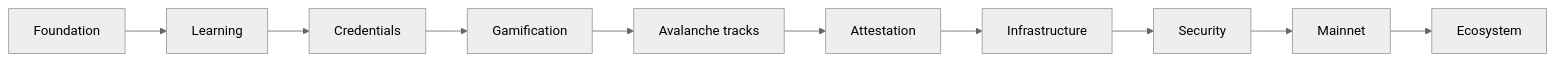
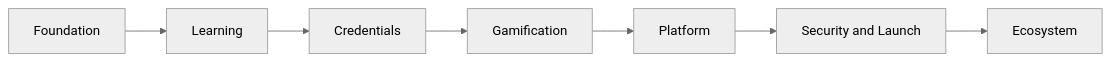
Before and after one commit to Talent-Index/forj: the diagram in docs/ROADMAP.md, drawn with Mermaid (neutral theme). The commit also changed other lines of this file and 2 other files, not shown here.

````diff
--- a/docs/ROADMAP.md
+++ b/docs/ROADMAP.md
@@ -18,12 +17,9 @@
 ```mermaid
 flowchart LR
   P1[Foundation] --> P2[Learning]
   P2 --> P3[Credentials]
   P3 --> P4[Gamification]
-  P4 --> P5[Avalanche tracks]
-  P5 --> P6[Attestation]
-  P6 --> P7[Infrastructure]
-  P7 --> P8[Security]
-  P8 --> P9[Mainnet]
-  P9 --> P10[Ecosystem]
+  P4 --> P5[Platform]
+  P5 --> P6[Security and Launch]
+  P6 --> P7[Ecosystem]
 ```
````
